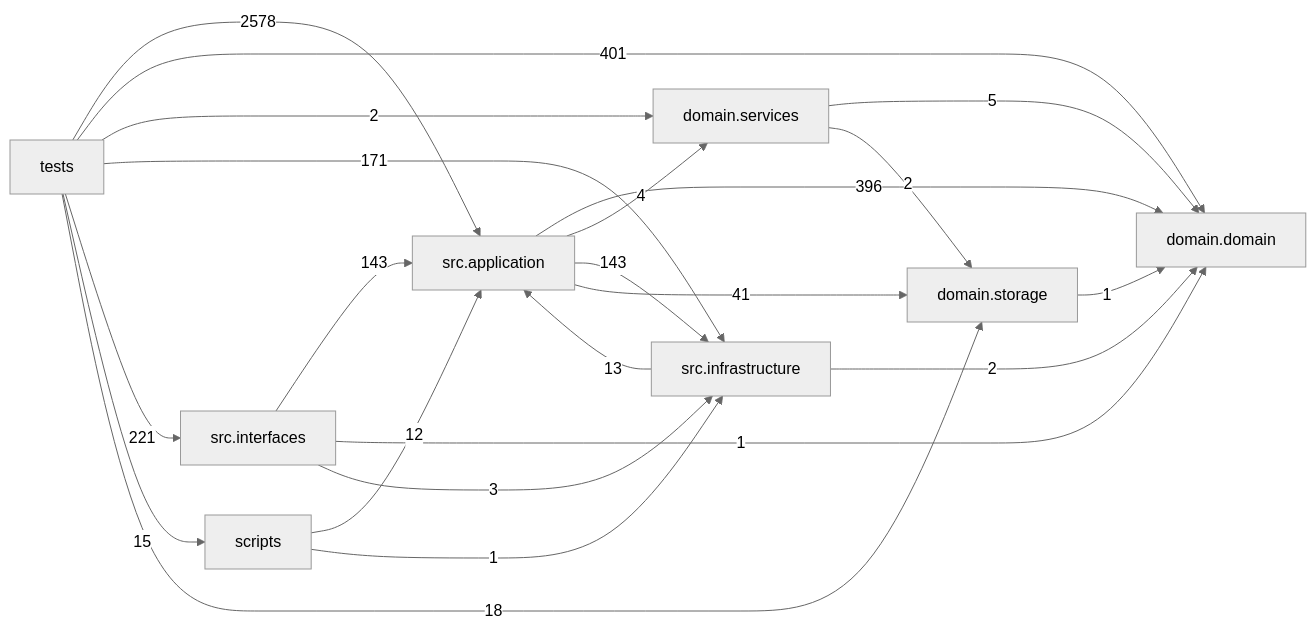
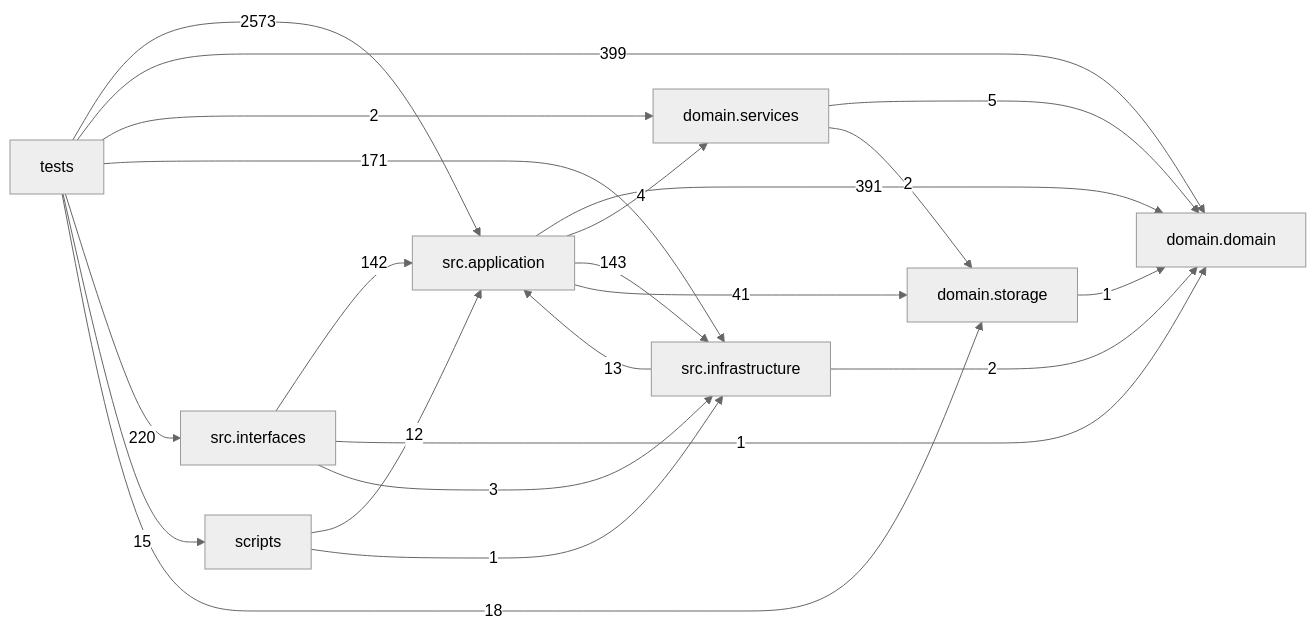
One commit to liuxie066/options-monitor changed the diagram in docs/DEPENDENCY_GRAPH.md. Above: the diagram before and after it, drawn with Mermaid (neutral theme). The commit also changed other lines of this file and 1 other file, not shown here.

Commit message:
chore(docs): regenerate dependency graph after combo pairing removal

````diff
--- a/docs/DEPENDENCY_GRAPH.md
+++ b/docs/DEPENDENCY_GRAPH.md
@@ -24,32 +24,32 @@
 ```mermaid
 flowchart LR
   tests["tests"]
   scripts["scripts"]
   interfaces["src.interfaces"]
   application["src.application"]
   infrastructure["src.infrastructure"]
   domain_services["domain.services"]
   domain["domain.domain"]
   storage["domain.storage"]
-  application -->|396| domain
+  application -->|391| domain
   application -->|4| domain_services
   application -->|143| infrastructure
   application -->|41| storage
   domain_services -->|5| domain
   domain_services -->|2| storage
   infrastructure -->|13| application
   infrastructure -->|2| domain
-  interfaces -->|143| application
+  interfaces -->|142| application
   interfaces -->|1| domain
   interfaces -->|3| infrastructure
   scripts -->|12| application
   scripts -->|1| infrastructure
   storage -->|1| domain
-  tests -->|2578| application
-  tests -->|401| domain
+  tests -->|2573| application
+  tests -->|399| domain
   tests -->|2| domain_services
   tests -->|171| infrastructure
-  tests -->|221| interfaces
+  tests -->|220| interfaces
   tests -->|15| scripts
   tests -->|18| storage
 ```
````
